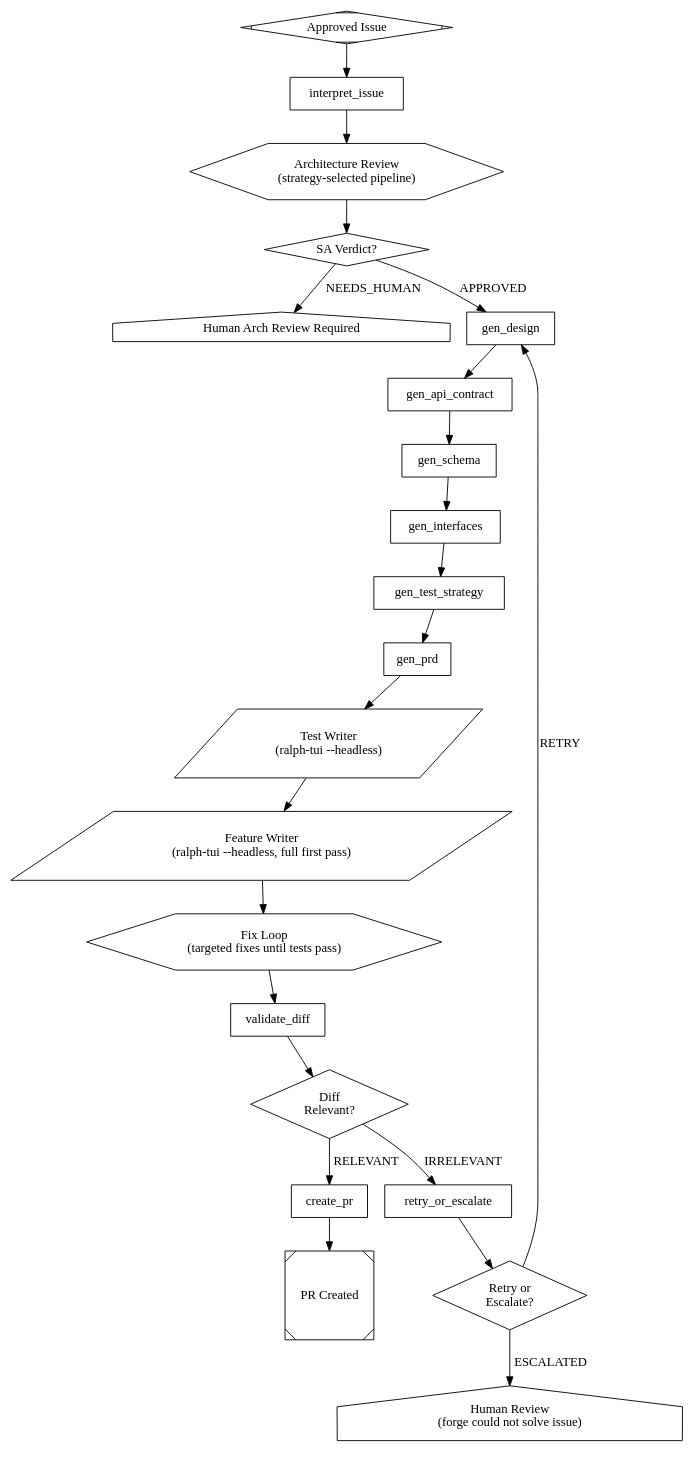
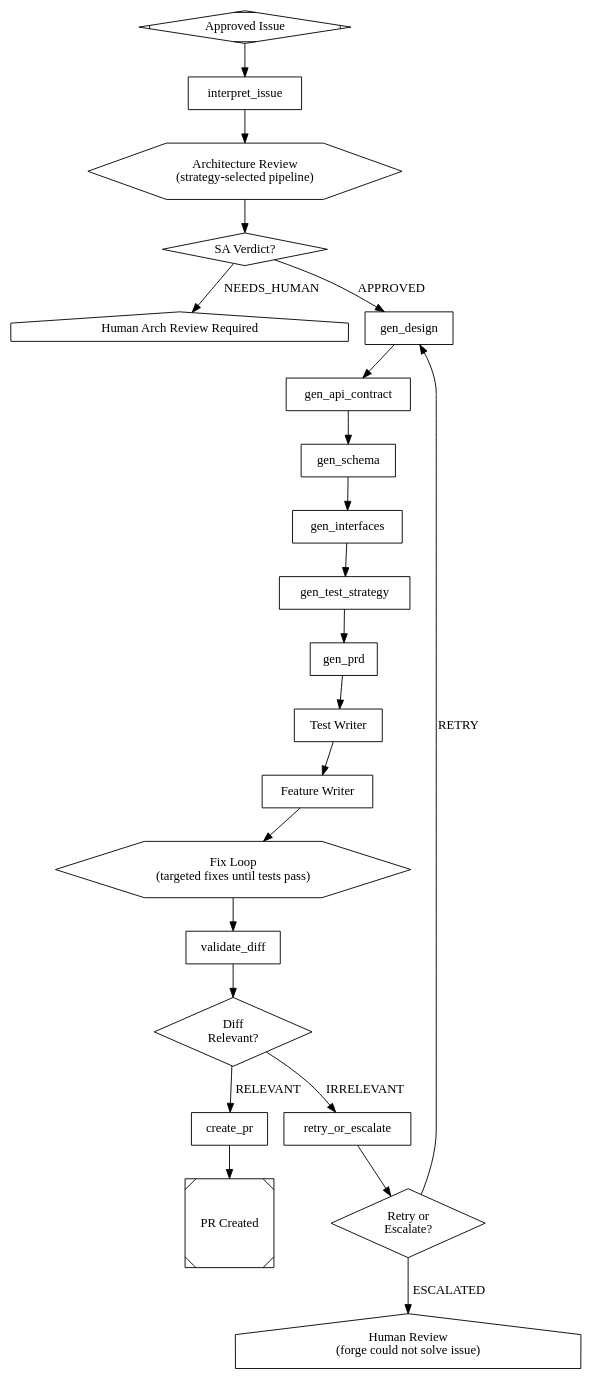
The diagram in pipelines/dark_forge.dot (ardrodus/dark-fac), drawn with Graphviz before and after one commit. The commit also changed 1 other file, not shown here.

Commit message:
refactor: replace ralph-tui shell nodes with generic LLM agents
Convert test_writer, feature_writer, and run_fixes from
shape=parallelogram (ToolHandler shell commands) to shape=box
(CodergenHandler LLM agents). Agents now read PRD JSON directly
and implement stories themselves instead of shelling out to
ralph-tui --headless which doesn't exist.

```diff
--- a/pipelines/dark_forge.dot
+++ b/pipelines/dark_forge.dot
@@ -1,13 +1,13 @@
 // Dark Forge: TDD Pipeline
 //
 // The build engine of Dark Factory. Takes an approved issue through
-// spec generation, PRD splitting, and ralph-tui driven TDD execution.
+// spec generation, PRD splitting, and agent-driven TDD execution.
 //
 // Flow:
 //   1. Spec generation: design → api → schema → interfaces → test strategy
 //   2. gen_prd: separates specs into test + feature, generates PRD JSON for each
-//   3. test_writer: ralph-tui run test PRD (completes first)
-//   4. feature_writer_loop: ralph-tui run feature PRD, loop until tests pass
+//   3. test_writer: agent implements tests from test PRD
+//   4. feature_writer: agent implements features from feature PRD, then fix loop
 
 digraph dark_forge {
     graph [
@@ -81,35 +81,35 @@
     // PRD Generation -- Separates into Test + Feature PRDs
     //
     // Reads all spec artifacts, separates test vs feature concerns,
-    // then generates ralph-tui PRD JSON for each:
+    // then generates PRD JSON for each:
     //   tasks/test-prd.json    -- test PRD (stories for test writer)
     //   tasks/feature-prd.json -- feature PRD (stories for feature writer)
     // ===========================================
 
     gen_prd [
         shape=box,
-        prompt="You are the PRD Generator. Your workspace is: $workspace\n\nGitHub Issue:\n$issue\n\nRead all technical spec artifacts:\n- Design: $gen_design_path\n- API Contract: $gen_api_contract_path\n- Schema: $gen_schema_path\n- Interfaces: $gen_interfaces_path\n- Test Strategy: $gen_test_strategy_path\n\nYou must perform these steps:\n\n## Step 1: Separate test vs feature concerns\n\nCreate TWO spec documents:\n- .dark-factory/specs/$issue_number/test-spec.md -- all test-related content: test strategy, acceptance criteria, test cases, fixtures, mocks, coverage targets, edge cases.\n- .dark-factory/specs/$issue_number/feature-spec.md -- all feature/implementation content: architecture, component changes, API endpoints, database schema, interfaces, implementation steps.\n\nBoth documents must be complete and self-contained.\n\n## Step 2: Generate PRD JSON files\n\nFor EACH spec document (test-spec.md and feature-spec.md):\n1. If the document is larger than 22KB, split it into 22KB chunk files under .dark-factory/specs/$issue_number/chunks/test/ (or chunks/feature/)\n2. For each chunk (or the whole doc if small enough), generate a PRD JSON with user stories, acceptance criteria, and dependencies\n3. Merge all chunk PRDs into a single master PRD JSON\n\nWrite the final PRD files to:\n- .dark-factory/specs/$issue_number/tasks/test-prd.json\n- .dark-factory/specs/$issue_number/tasks/feature-prd.json\n\nEach PRD JSON must follow this structure:\n{\n  \"stories\": [\n    {\n      \"title\": \"story title\",\n      \"description\": \"what to implement\",\n      \"acceptance_criteria\": [\"criterion 1\", \"criterion 2\"],\n      \"dependencies\": []\n    }\n  ]\n}\n\nOutput a summary of what you created (file paths and story counts)."
+        prompt="You are the PRD Generator. Your workspace is: $workspace\n\nGitHub Issue:\n$issue\n\nRead all technical spec artifacts:\n- Design: $gen_design_path\n- API Contract: $gen_api_contract_path\n- Schema: $gen_schema_path\n- Interfaces: $gen_interfaces_path\n- Test Strategy: $gen_test_strategy_path\n\nYou must perform these steps:\n\n## Step 1: Separate test vs feature concerns\n\nCreate TWO spec documents:\n- .dark-factory/specs/$issue_number/test-spec.md -- all test-related content: test strategy, acceptance criteria, test cases, fixtures, mocks, coverage targets, edge cases.\n- .dark-factory/specs/$issue_number/feature-spec.md -- all feature/implementation content: architecture, component changes, API endpoints, database schema, interfaces, implementation steps.\n\nBoth documents must be complete and self-contained.\n\n## Step 2: Generate PRD JSON files\n\nFor EACH spec document (test-spec.md and feature-spec.md):\n1. If the document is larger than 22KB, split it into 22KB chunk files under .dark-factory/specs/$issue_number/chunks/test/ (or chunks/feature/)\n2. For each chunk (or the whole doc if small enough), generate a PRD JSON with user stories, acceptance criteria, and dependencies\n3. Merge all chunk PRDs into a single master PRD JSON\n\nWrite the final PRD files to:\n- .dark-factory/specs/$issue_number/tasks/test-prd.json\n- .dark-factory/specs/$issue_number/tasks/feature-prd.json\n\nOutput a summary of what you created (file paths and story counts)."
     ]
 
     // ===========================================
     // Execution: TDD — Tests first, then features, then fix loop
     //
-    // 1. test_writer: ralph-tui writes all tests from test PRD
-    // 2. feature_writer: ralph-tui implements features from full feature PRD (first pass)
+    // 1. test_writer: agent implements all tests from test PRD
+    // 2. feature_writer: agent implements features from feature PRD (first pass)
     // 3. feature_fix_loop: iterates — analyze failures, create targeted fix PRD,
-    //    ralph-tui fixes only what's broken. Exits when all tests pass.
+    //    agent fixes only what's broken. Exits when all tests pass.
     // ===========================================
 
     test_writer [
-        shape=parallelogram,
-        label="Test Writer\n(ralph-tui --headless)",
-        prompt="cd $workspace && ralph-tui run --prd .dark-factory/specs/$issue_number/tasks/test-prd.json --headless"
+        shape=box,
+        label="Test Writer",
+        prompt="You are the Test Writer agent.\n\nWorkspace: $workspace\n\nRead the test PRD at: $workspace/.dark-factory/specs/$issue_number/tasks/test-prd.json\n\nThis PRD contains user stories describing tests to write. For each story, in dependency order:\n\n1. Read the story title, description, and acceptance criteria\n2. Explore the existing codebase at $workspace to understand the modules being tested\n3. Write the test files following existing test patterns and conventions in $workspace/tests/\n4. Ensure each acceptance criterion is covered by at least one test assertion\n\nDo NOT write implementation code — only test code.\nDo NOT modify existing tests unless a story explicitly requires it.\n\nAfter completing all stories, run: cd $workspace && python -m pytest tests/ --collect-only 2>&1\n\nOutput a summary of files created and test count."
     ]
 
     feature_writer [
-        shape=parallelogram,
-        label="Feature Writer\n(ralph-tui --headless, full first pass)",
-        prompt="cd $workspace && ralph-tui run --prd .dark-factory/specs/$issue_number/tasks/feature-prd.json --headless"
+        shape=box,
+        label="Feature Writer",
+        prompt="You are the Feature Writer agent.\n\nWorkspace: $workspace\n\nRead the feature PRD at: $workspace/.dark-factory/specs/$issue_number/tasks/feature-prd.json\n\nThis PRD contains user stories describing features to implement. For each story, in dependency order:\n\n1. Read the story title, description, and acceptance criteria\n2. Explore the existing codebase at $workspace to understand current patterns and conventions\n3. Implement the feature following existing code style and architecture\n4. Ensure each acceptance criterion is addressed by the implementation\n\nDo NOT modify files under tests/ — only implement feature/production code.\n\nAfter completing all stories, run: cd $workspace && python -m pytest tests/ -x --tb=short 2>&1\n\nOutput a summary of files modified and test results."
     ]
 
     feature_fix_loop [
```
